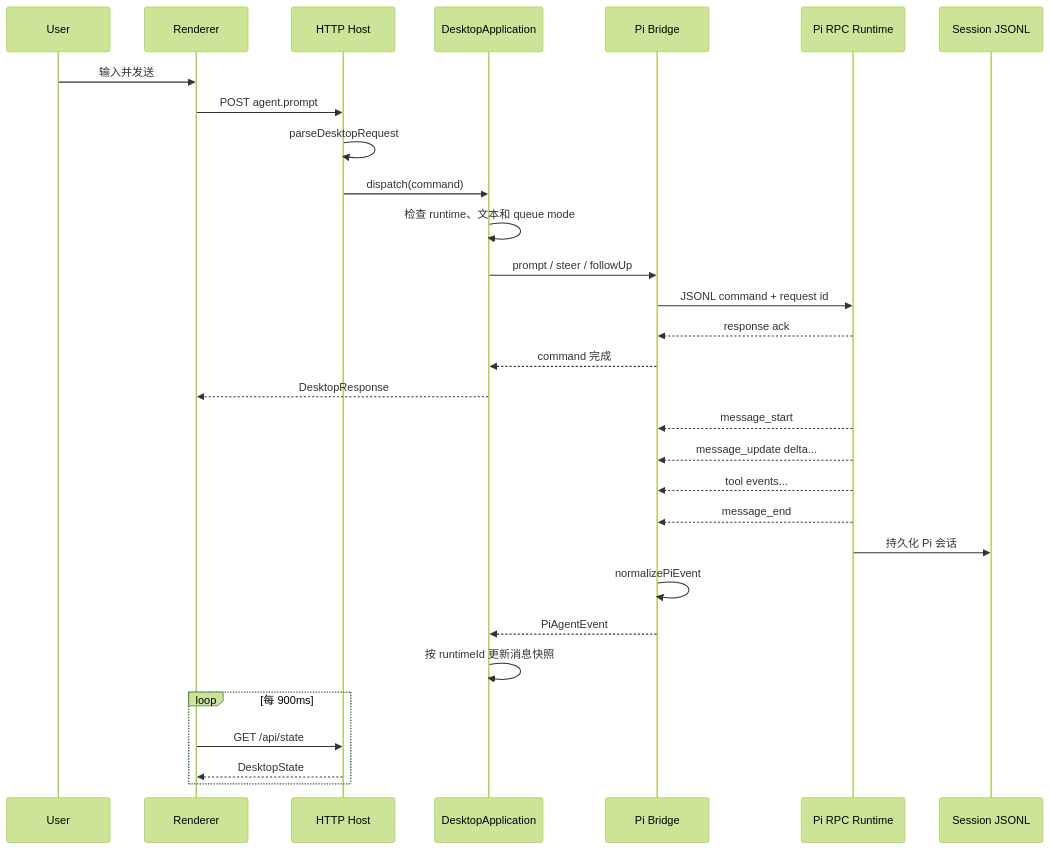
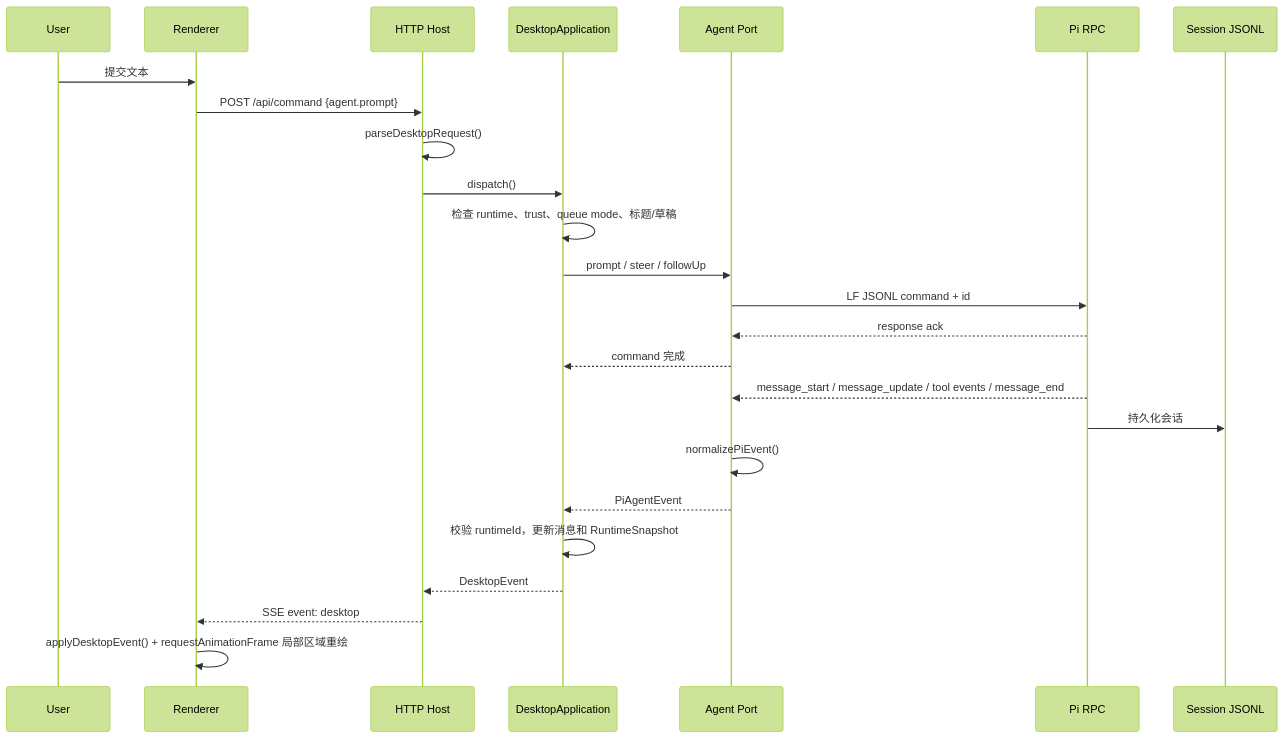
One commit to yangxl12/pi-desktop changed the fifth of 7 diagrams in doc/pi-desktop-architecture-analysis.md. Above: the diagram before and after it, drawn with Mermaid (forest theme). The commit also changed other lines of this file and 46 other files, not shown here.

````diff
--- a/doc/pi-desktop-architecture-analysis.md
+++ b/doc/pi-desktop-architecture-analysis.md
@@ -222,33 +202,28 @@
 ```mermaid
 sequenceDiagram
   participant U as User
   participant R as Renderer
   participant H as HTTP Host
   participant A as DesktopApplication
-  participant B as Pi Bridge
-  participant P as Pi RPC Runtime
+  participant B as Agent Port
+  participant P as Pi RPC
   participant J as Session JSONL
 
-  U->>R: 输入并发送
-  R->>H: POST agent.prompt
-  H->>H: parseDesktopRequest
-  H->>A: dispatch(command)
-  A->>A: 检查 runtime、文本和 queue mode
+  U->>R: 提交文本
+  R->>H: POST /api/command {agent.prompt}
+  H->>H: parseDesktopRequest()
+  H->>A: dispatch()
+  A->>A: 检查 runtime、trust、queue mode、标题/草稿
   A->>B: prompt / steer / followUp
-  B->>P: JSONL command + request id
+  B->>P: LF JSONL command + id
   P-->>B: response ack
   B-->>A: command 完成
-  A-->>R: DesktopResponse
-  P-->>B: message_start
-  P-->>B: message_update delta...
-  P-->>B: tool events...
-  P-->>B: message_end
-  P->>J: 持久化 Pi 会话
-  B->>B: normalizePiEvent
+  P-->>B: message_start / message_update / tool events / message_end
+  P->>J: 持久化会话
+  B->>B: normalizePiEvent()
   B-->>A: PiAgentEvent
-  A->>A: 按 runtimeId 更新消息快照
-  loop 每 900ms
-    R->>H: GET /api/state
-    H-->>R: DesktopState
-  end
+  A->>A: 校验 runtimeId，更新消息和 RuntimeSnapshot
+  A-->>H: DesktopEvent
+  H-->>R: SSE event: desktop
+  R->>R: applyDesktopEvent() + requestAnimationFrame 局部区域重绘
 ```
````
